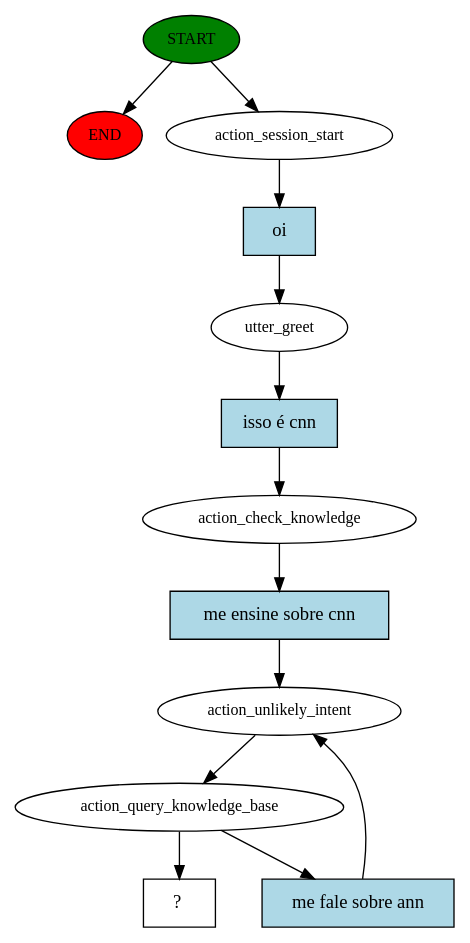
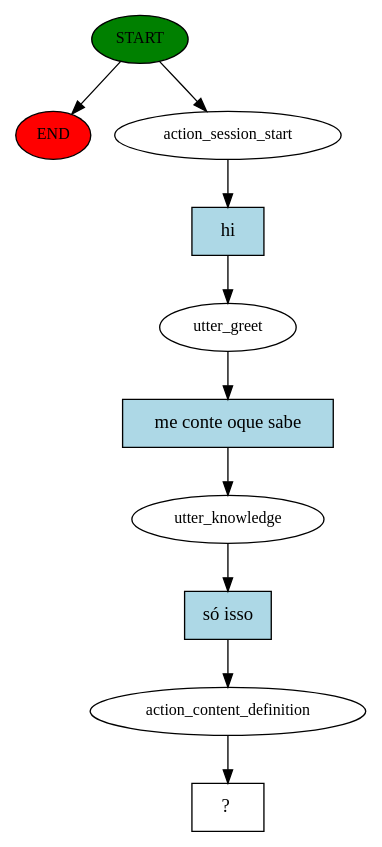
The diagram in story_graph.dot (deeplearningunb/DeepLearningVirtualAssistant-RASA), drawn with Graphviz before and after one commit. The commit also changed 10 other files, not shown here.

```diff
--- a/story_graph.dot
+++ b/story_graph.dot
@@ -1,26 +1,21 @@
 digraph  {
 0 [class="start active", fillcolor=green, fontsize=12, label=START, style=filled];
 "-1" [class=end, fillcolor=red, fontsize=12, label=END, style=filled];
 1 [class=active, fontsize=12, label=action_session_start];
 2 [class=active, fontsize=12, label=utter_greet];
-3 [class=active, fontsize=12, label=action_check_knowledge];
-4 [class=active, fontsize=12, label=action_unlikely_intent];
-5 [class=active, fontsize=12, label=action_query_knowledge_base];
-10 [class="intent dashed active", label="  ?  ", shape=rect];
-11 [class="intent active", fillcolor=lightblue, label=oi, shape=rect, style=filled];
-12 [class="intent active", fillcolor=lightblue, label="isso é cnn", shape=rect, style=filled];
-13 [class="intent active", fillcolor=lightblue, label="me ensine sobre cnn", shape=rect, style=filled];
-14 [class="intent active", fillcolor=lightblue, label="me fale sobre ann", shape=rect, style=filled];
+3 [class=active, fontsize=12, label=utter_knowledge];
+4 [class=active, fontsize=12, label=action_content_definition];
+5 [class="intent dashed active", label="  ?  ", shape=rect];
+6 [class="intent active", fillcolor=lightblue, label=hi, shape=rect, style=filled];
+7 [class="intent active", fillcolor=lightblue, label="me conte oque sabe", shape=rect, style=filled];
+8 [class="intent active", fillcolor=lightblue, label="só isso", shape=rect, style=filled];
 0 -> "-1"  [class="", key=NONE, label=""];
 0 -> 1  [class=active, key=NONE, label=""];
-1 -> 11  [class=active, key=0];
-2 -> 12  [class=active, key=0];
-3 -> 13  [class=active, key=0];
+1 -> 6  [class=active, key=0];
+2 -> 7  [class=active, key=0];
+3 -> 8  [class=active, key=0];
 4 -> 5  [class=active, key=NONE, label=""];
-5 -> 10  [class=active, key=NONE, label=""];
-5 -> 14  [class=active, key=0];
-11 -> 2  [class=active, key=0];
-12 -> 3  [class=active, key=0];
-13 -> 4  [class=active, key=0];
-14 -> 4  [class=active, key=0];
+6 -> 2  [class=active, key=0];
+7 -> 3  [class=active, key=0];
+8 -> 4  [class=active, key=0];
 }
```
